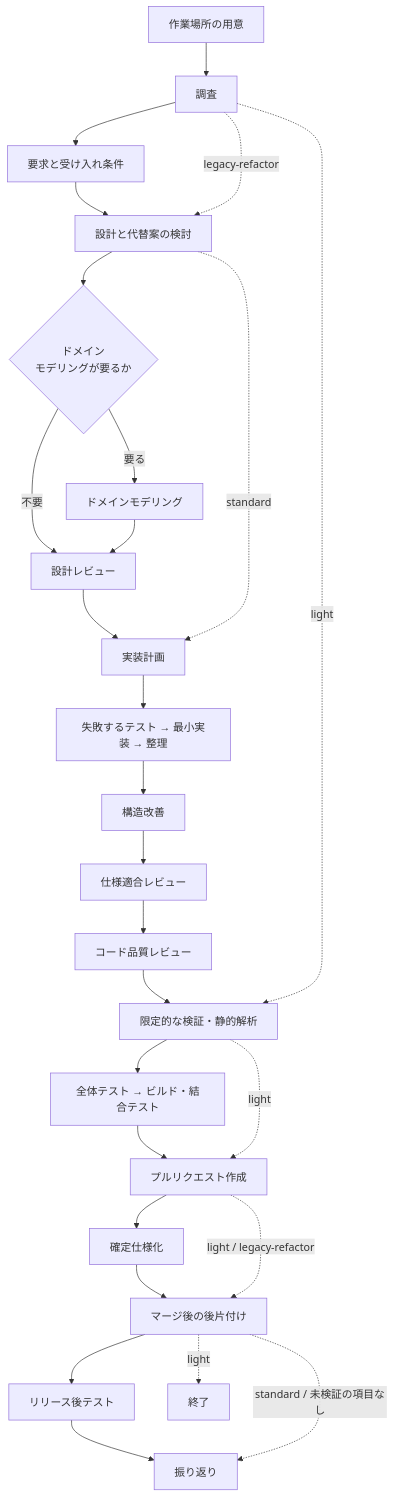
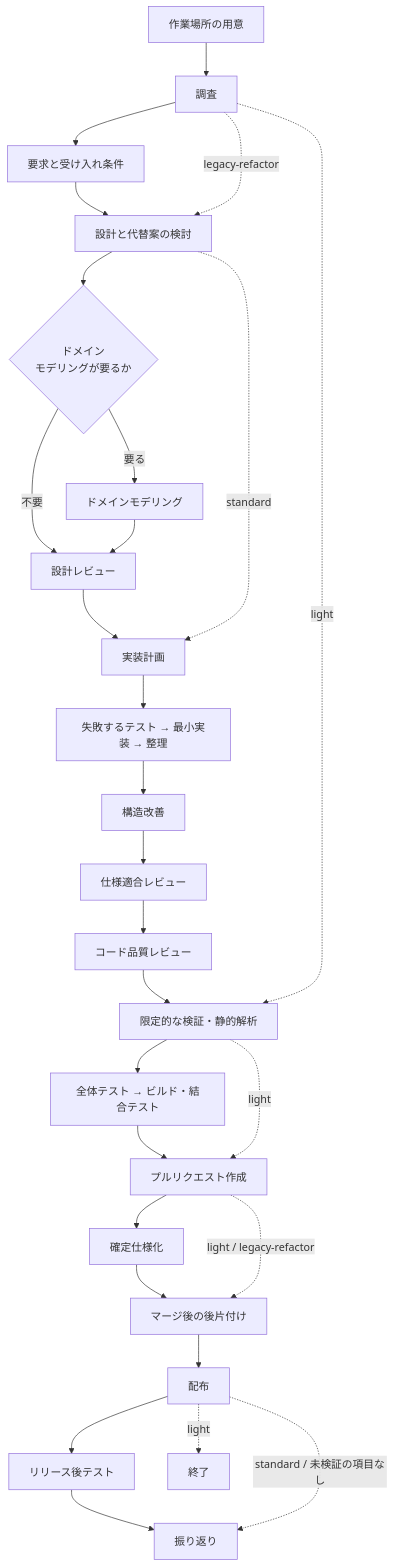
One commit to devbasex/ai-plugins changed the second of 2 diagrams in plugins/ndf/skills/development-workflow/SKILL.md. Above: the diagram before and after it, drawn with Mermaid. The commit also changed other lines of this file and 12 other files, not shown here.

````diff
--- a/plugins/ndf/skills/development-workflow/SKILL.md
+++ b/plugins/ndf/skills/development-workflow/SKILL.md
@@ -143,29 +154,30 @@
 ```mermaid
 flowchart TD
     S[作業場所の用意] --> A[調査]
     A --> B[要求と受け入れ条件]
     B --> C[設計と代替案の検討]
     C --> D{ドメイン<br/>モデリングが要るか}
     D -->|要る| E[ドメインモデリング]
     D -->|不要| F[設計レビュー]
     E --> F
     F --> G[実装計画]
     G --> H[失敗するテスト → 最小実装 → 整理]
     H --> R[構造改善]
     R --> I[仕様適合レビュー]
     I --> J[コード品質レビュー]
     J --> K[限定的な検証・静的解析]
     K --> N[全体テスト → ビルド・結合テスト]
     N --> L[プルリクエスト作成]
     L --> M[確定仕様化]
     M --> P[マージ後の後片付け]
-    P --> Q[リリース後テスト]
+    P --> RL[配布]
+    RL --> Q[リリース後テスト]
     Q --> T[振り返り]
-    P -.->|standard / 未検証の項目なし| T
+    RL -.->|standard / 未検証の項目なし| T
     C -.->|standard| G
     A -.->|legacy-refactor| C
     A -.->|light| K
     K -.->|light| L
     L -.->|light / legacy-refactor| P
-    P -.->|light| Z[終了]
+    RL -.->|light| Z[終了]
 ```
````
